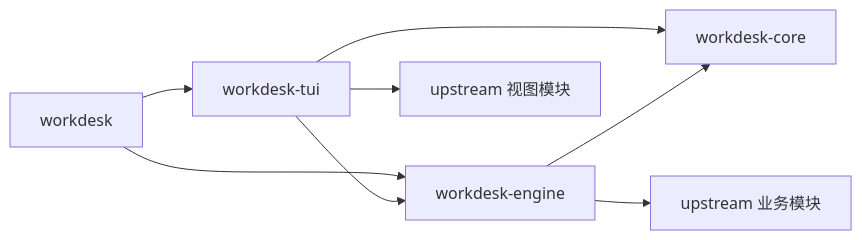
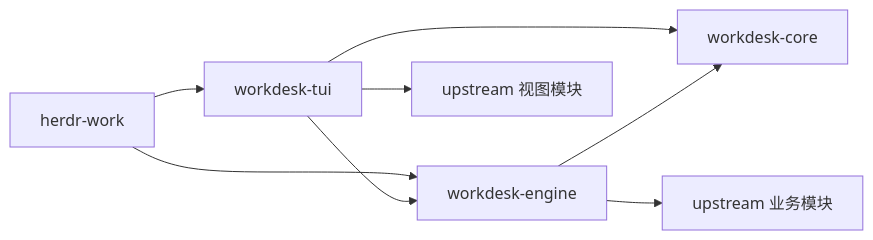
Before and after one commit to JTBlink/herdr-work: the second of 2 diagrams in docs/architecture/workdesk-architecture.md, drawn with Mermaid. The commit also changed other lines of this file and 32 other files, not shown here.

First line of the commit message:
fix: 将主二进制统一为 herdr-work 并兼容旧安装迁移

````diff
--- a/docs/architecture/workdesk-architecture.md
+++ b/docs/architecture/workdesk-architecture.md
@@ -129,10 +129,10 @@
 ```mermaid
 flowchart LR
-    CLI[workdesk] --> TUI[workdesk-tui]
+    CLI[herdr-work] --> TUI[workdesk-tui]
     CLI --> Engine[workdesk-engine]
     TUI --> Engine
     TUI --> Core[workdesk-core]
     Engine --> Core
     TUI --> Views[upstream 视图模块]
     Engine --> Logic[upstream 业务模块]
 ```
````
